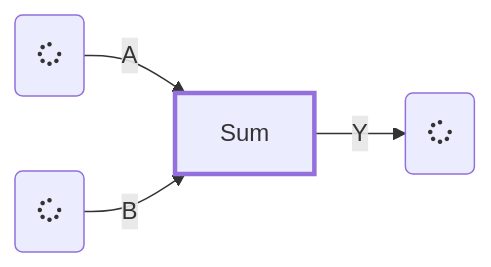
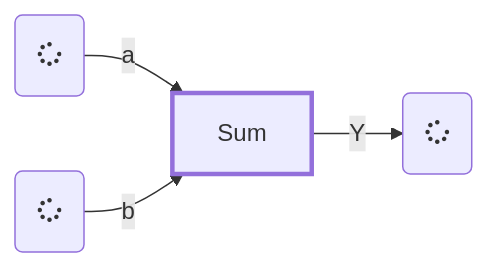
The first of 4 diagrams in docs/livehd/05-lgraph.md (masc-ucsc/docs), drawn with Mermaid before and after one commit. The commit also changed other lines of this file and 21 other files, not shown here.

````diff
--- a/docs/livehd/05-lgraph.md
+++ b/docs/livehd/05-lgraph.md
@@ -324,7 +256,7 @@
 ``` mermaid
 graph LR
     cell  --Y--> c(fa:fa-spinner)
-    a(fa:fa-spinner) --A--> cell[Sum]:::cell
-    b(fa:fa-spinner) --B--> cell
+    a(fa:fa-spinner) --a--> cell[Sum]:::cell
+    b(fa:fa-spinner) --b--> cell
     classDef cell stroke-width:3px
 ```
````
